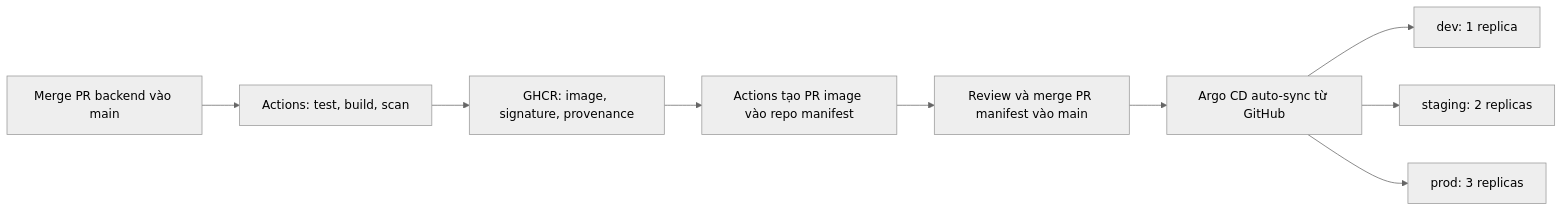
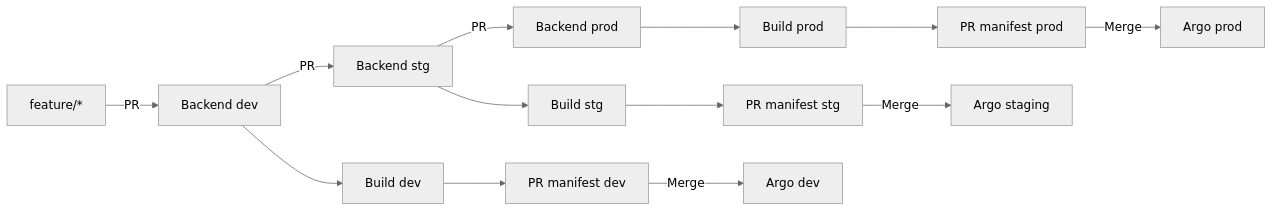
The diagram in README.md (namnd74/gitops-manifests), drawn with Mermaid (neutral theme) before and after one commit. The commit also changed other lines of this file and 25 other files, not shown here.

````diff
--- a/README.md
+++ b/README.md
@@ -6,11 +6,15 @@
 ```mermaid
 flowchart LR
-    B[Merge PR backend vào main] --> C[Actions: test, build, scan]
-    C --> I[GHCR: image, signature, provenance]
-    I --> P[Actions tạo PR image vào repo manifest]
-    P --> M[Review và merge PR manifest vào main]
-    M --> A[Argo CD auto-sync từ GitHub]
-    A --> D[dev: 1 replica]
-    A --> S[staging: 2 replicas]
-    A --> R[prod: 3 replicas]
+    F[feature/*] -->|PR| D[Backend dev]
+    D -->|PR| S[Backend stg]
+    S -->|PR| P[Backend prod]
+    D --> BD[Build dev]
+    S --> BS[Build stg]
+    P --> BP[Build prod]
+    BD --> MD[PR manifest dev]
+    BS --> MS[PR manifest stg]
+    BP --> MP[PR manifest prod]
+    MD -->|Merge| AD[Argo dev]
+    MS -->|Merge| AS[Argo staging]
+    MP -->|Merge| AP[Argo prod]
 ```
````
